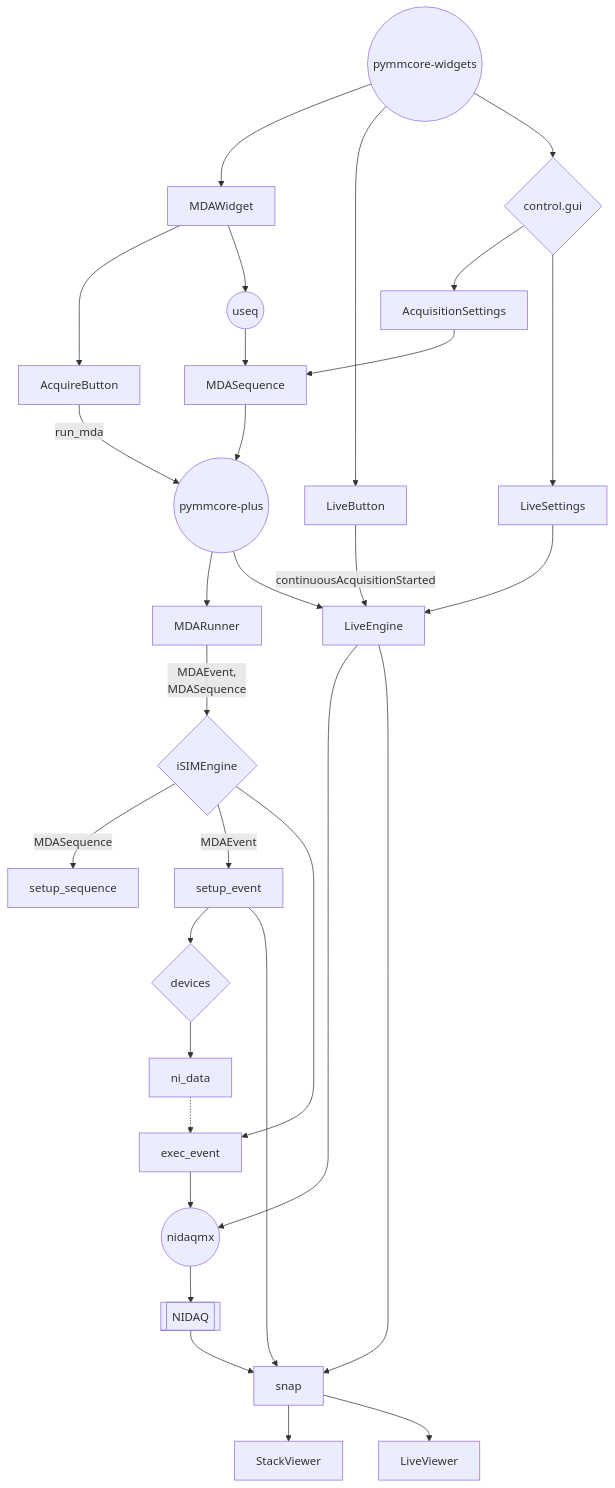
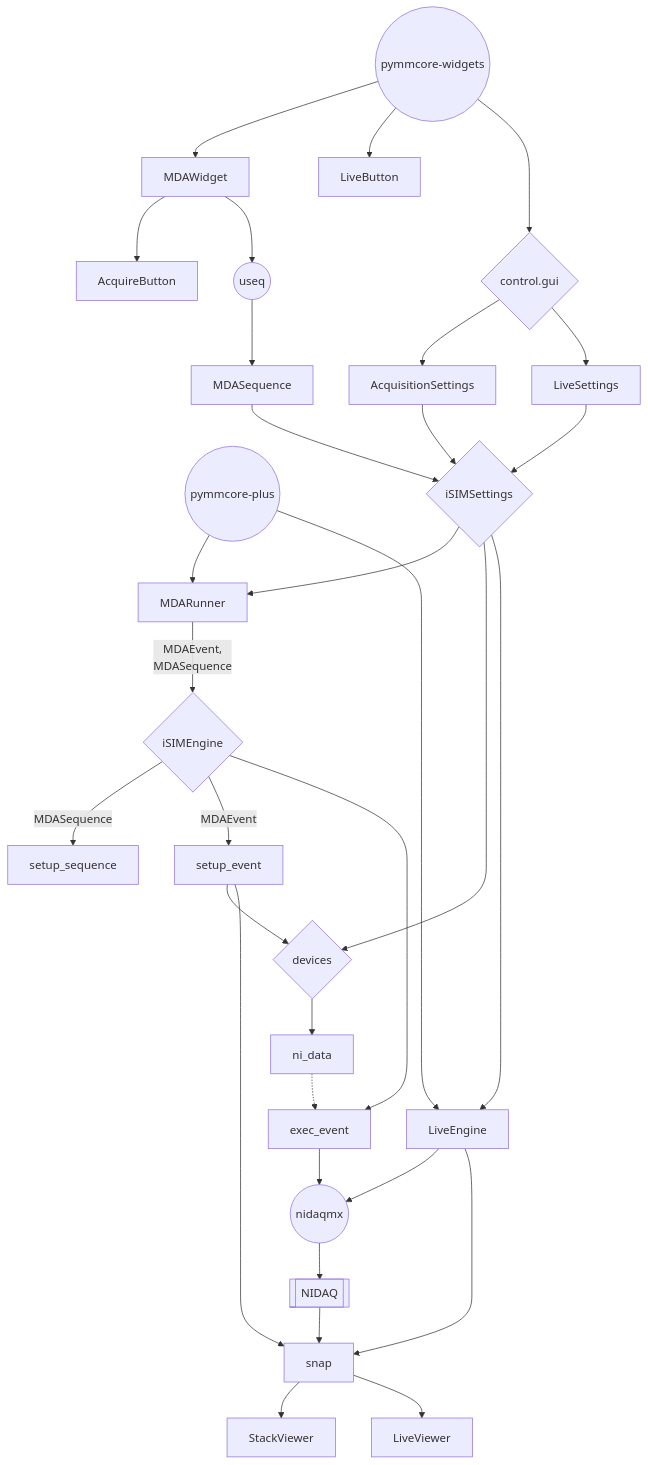
Before and after one commit to kleele-lab/iSIM: the diagram in control/doc/structure.md, drawn with Mermaid.

````diff
--- a/control/doc/structure.md
+++ b/control/doc/structure.md
@@ -1,47 +1,55 @@
 ```mermaid
 flowchart TD;
     useq((useq))
     pymmcore-plus((pymmcore-plus))
     pymmcore-widgets((pymmcore-widgets))
     iSIMEngine{iSIMEngine}
     control.gui{control.gui}
+    iSIMAcquisition{iSIMSettings}
     devices{devices}
     NIDAQ[[NIDAQ]]
     nidaqmx((nidaqmx))
 
     %% Acquisisitons
     useq --> MDASequence
     pymmcore-widgets --> MDAWidget
     control.gui --> AcquisitionSettings
-    AcquisitionSettings --> MDASequence
+    AcquisitionSettings --> iSIMAcquisition
     MDAWidget --> AcquireButton
     MDAWidget --> useq
-    AcquireButton -- run_mda --> pymmcore-plus
-    MDASequence --> pymmcore-plus
+
+    MDASequence --> iSIMAcquisition
     pymmcore-plus --> MDARunner
+
+    iSIMAcquisition --> MDARunner
+    iSIMAcquisition --> devices
+
     MDARunner -- MDAEvent, \n MDASequence --> iSIMEngine
     iSIMEngine -- MDASequence --> setup_sequence
     iSIMEngine -- MDAEvent --> setup_event
     iSIMEngine --> exec_event
     setup_event --> devices
     devices --> ni_data
     setup_event --> snap
     ni_data -.-> exec_event
     exec_event --> nidaqmx
     nidaqmx --> NIDAQ
     snap --> StackViewer
 
+
     %% Live Mode
     pymmcore-widgets --> LiveButton
     pymmcore-plus --> LiveEngine
-    LiveButton -- continuousAcquisitionStarted --> LiveEngine
+
     LiveEngine --> nidaqmx
     LiveEngine --> snap
     NIDAQ --> snap
     snap --> LiveViewer
 
+    iSIMAcquisition --> LiveEngine
+
     control.gui --> LiveSettings
     pymmcore-widgets --> control.gui
-    LiveSettings --> LiveEngine
+    LiveSettings --> iSIMAcquisition
 
 ```
````
